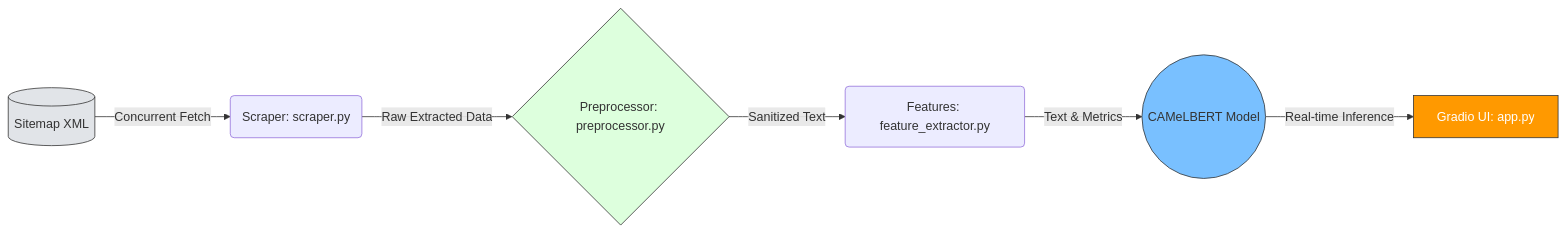
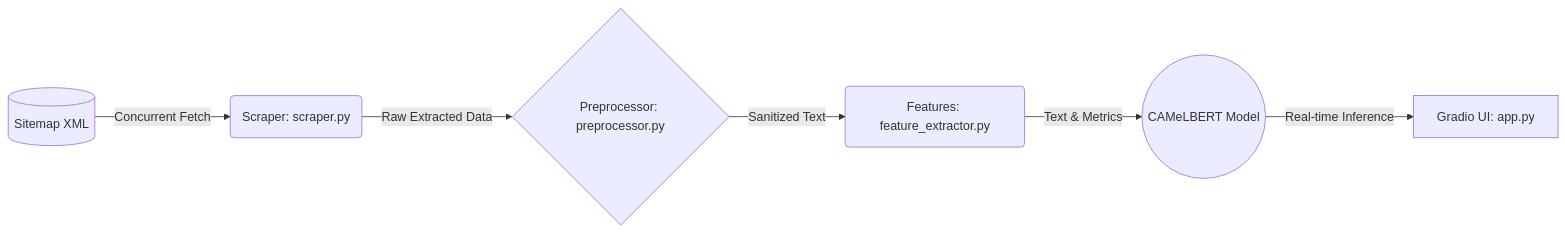
One commit to Alhareith/arabic-news-classifier changed the diagram in README.md. Above: the diagram before and after it, drawn with Mermaid. The commit also changed other lines of this file, not shown here.

````diff
--- a/README.md
+++ b/README.md
@@ -90,14 +86,8 @@
 ```mermaid
 graph LR
     A[(Sitemap XML)] -->|Concurrent Fetch| B(Scraper: scraper.py)
     B -->|Raw Extracted Data| C{Preprocessor: preprocessor.py}
     C -->|Sanitized Text| D(Features: feature_extractor.py)
     D -->|Text & Metrics| E((CAMeLBERT Model))
     E -->|Real-time Inference| F[Gradio UI: app.py]
-
-    style A fill:#e1e4e8,stroke:#333
-    style C fill:#dfd,stroke:#333
-    style E fill:#79c0ff,stroke:#333
-    style F fill:#ff9900,stroke:#333,color:#fff
-
 ```
````
